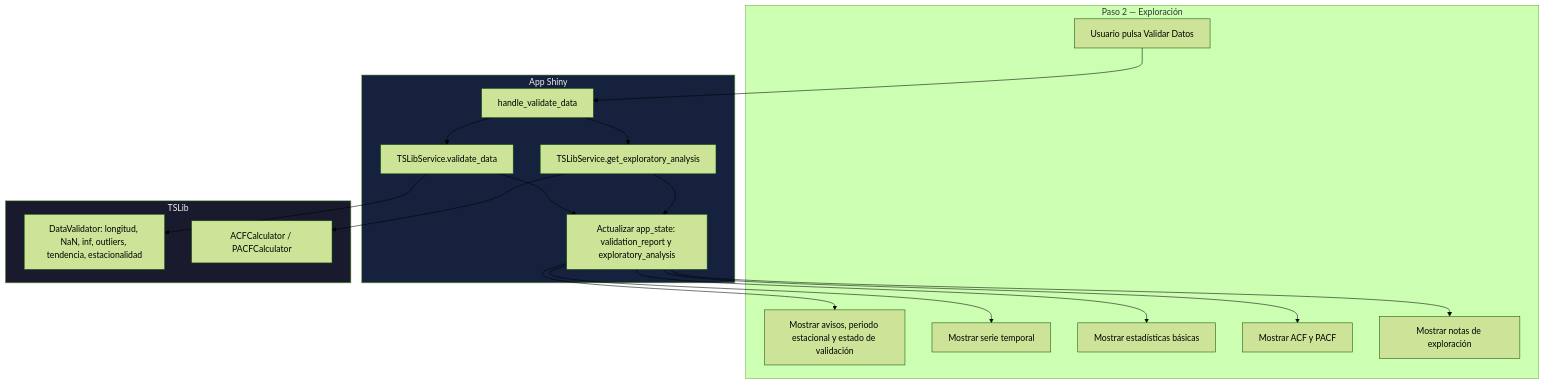
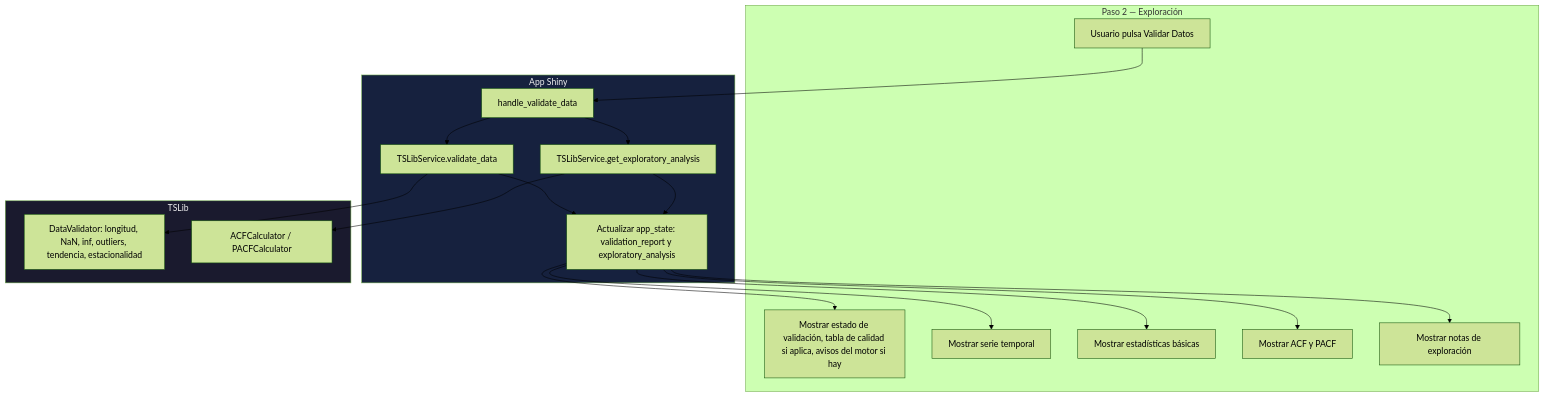
One commit to jesus1612/time-series-project changed the first of 2 diagrams in diagrams/02-exploracion/DOCUMENTACION.md. Above: the diagram before and after it, drawn with Mermaid (forest theme). The commit also changed other lines of this file and 7 other files, not shown here.

````diff
--- a/diagrams/02-exploracion/DOCUMENTACION.md
+++ b/diagrams/02-exploracion/DOCUMENTACION.md
@@ -13,39 +13,39 @@
 ```mermaid
 flowchart TB
   subgraph UI["Paso 2 — Exploración"]
     A[Usuario pulsa Validar Datos]
-    B[Mostrar avisos, periodo estacional y estado de validación]
+    B[Mostrar estado de validación, tabla de calidad si aplica, avisos del motor si hay]
     C[Mostrar serie temporal]
     D[Mostrar estadísticas básicas]
     E[Mostrar ACF y PACF]
     F[Mostrar notas de exploración]
   end
 
   subgraph APP["App Shiny"]
     G[handle_validate_data]
     H[TSLibService.validate_data]
     I[TSLibService.get_exploratory_analysis]
     J[Actualizar app_state: validation_report y exploratory_analysis]
   end
 
   subgraph TSLIB["TSLib"]
     K[DataValidator: longitud, NaN, inf, outliers, tendencia, estacionalidad]
     L[ACFCalculator / PACFCalculator]
   end
 
   A --> G
   G --> H
   H --> K
   G --> I
   I --> L
   H --> J
   I --> J
   J --> B
   J --> C
   J --> D
   J --> E
   J --> F
 
   style TSLIB fill:#1a1a2e,color:#eee
   style APP fill:#16213e,color:#eee
 ```
````
